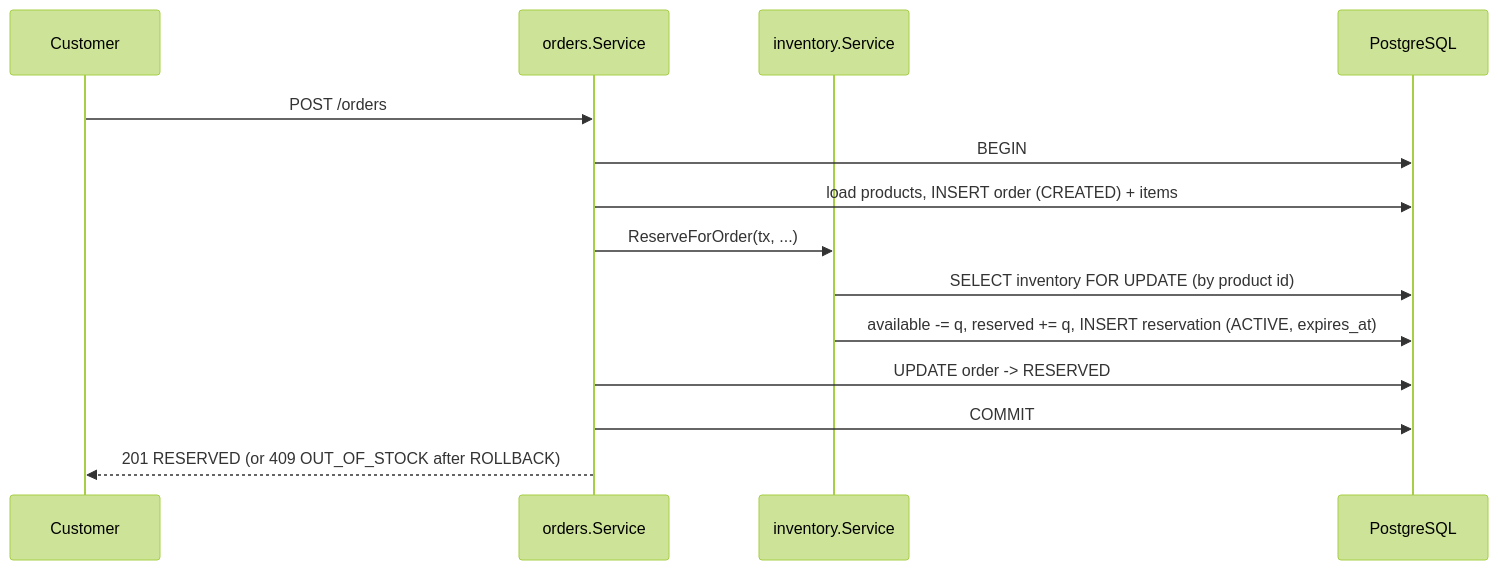
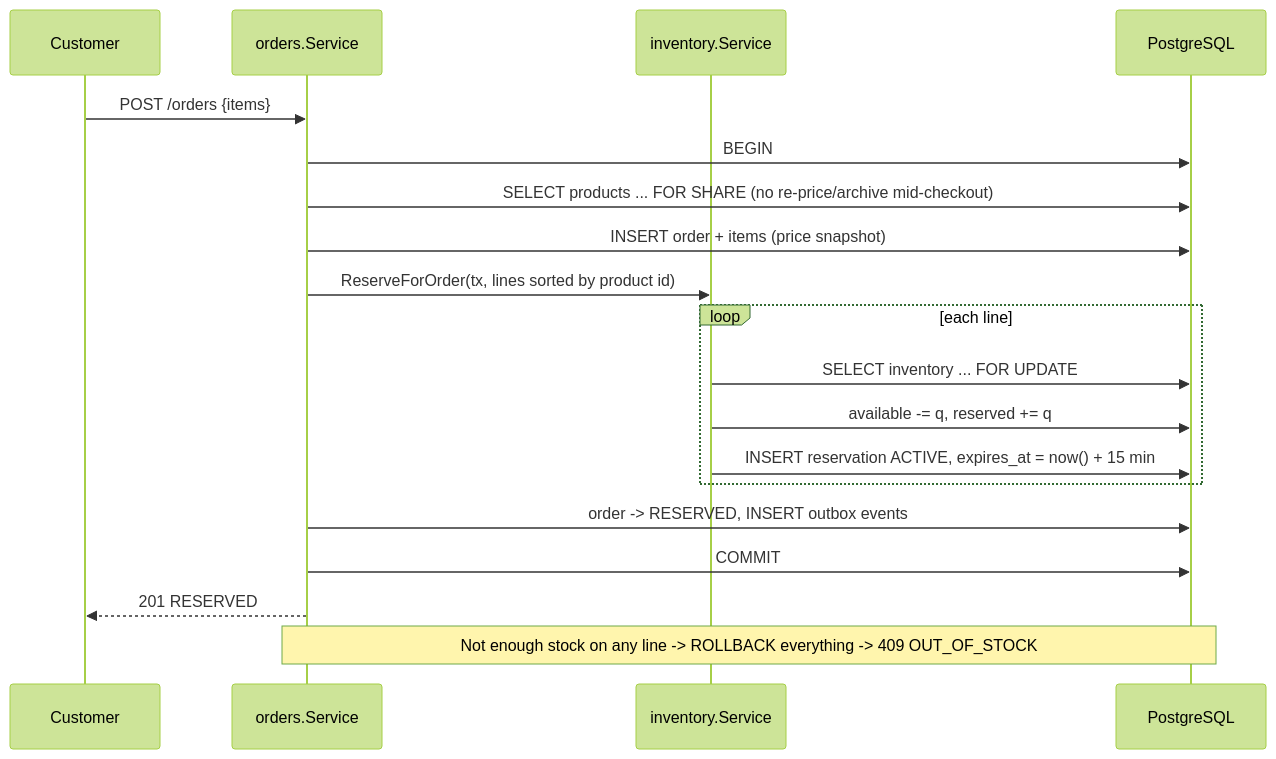
One commit to BasavarajBankolli/inventory-order-engine changed the fifth of 5 diagrams in README.md. Above: the diagram before and after it, drawn with Mermaid (forest theme). The commit also changed other lines of this file and 17 other files, not shown here.

````diff
--- a/README.md
+++ b/README.md
@@ -61,16 +283,21 @@
 ```mermaid
 sequenceDiagram
     participant C as Customer
     participant O as orders.Service
     participant I as inventory.Service
     participant DB as PostgreSQL
-    C->>O: POST /orders
+    C->>O: POST /orders {items}
     O->>DB: BEGIN
-    O->>DB: load products, INSERT order (CREATED) + items
-    O->>I: ReserveForOrder(tx, ...)
-    I->>DB: SELECT inventory FOR UPDATE (by product id)
-    I->>DB: available -= q, reserved += q, INSERT reservation (ACTIVE, expires_at)
-    O->>DB: UPDATE order -> RESERVED
+    O->>DB: SELECT products ... FOR SHARE (no re-price/archive mid-checkout)
+    O->>DB: INSERT order + items (price snapshot)
+    O->>I: ReserveForOrder(tx, lines sorted by product id)
+    loop each line
+        I->>DB: SELECT inventory ... FOR UPDATE
+        I->>DB: available -= q, reserved += q
+        I->>DB: INSERT reservation ACTIVE, expires_at = now() + 15 min
+    end
+    O->>DB: order -> RESERVED, INSERT outbox events
     O->>DB: COMMIT
-    O-->>C: 201 RESERVED (or 409 OUT_OF_STOCK after ROLLBACK)
+    O-->>C: 201 RESERVED
+    Note over O,DB: Not enough stock on any line -> ROLLBACK everything -> 409 OUT_OF_STOCK
 ```
````
